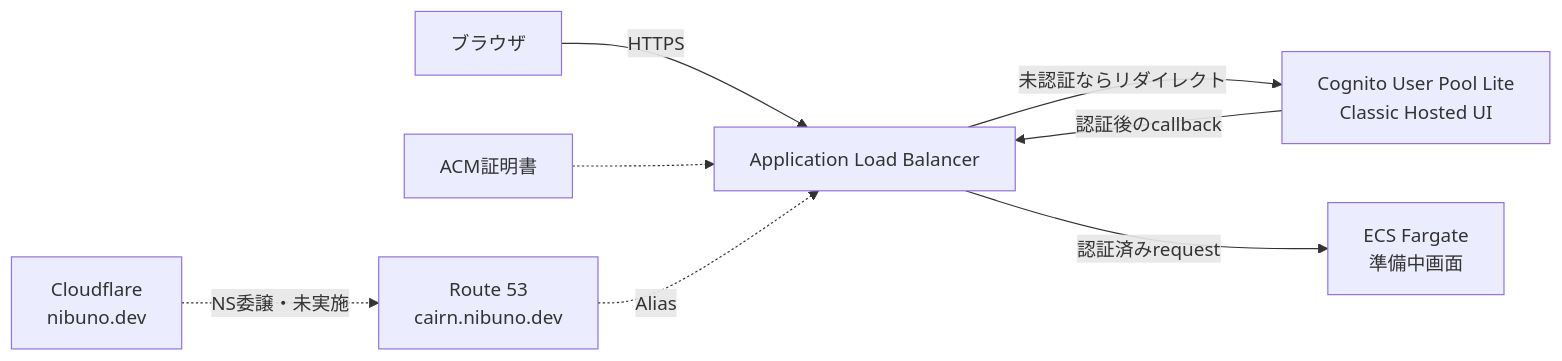
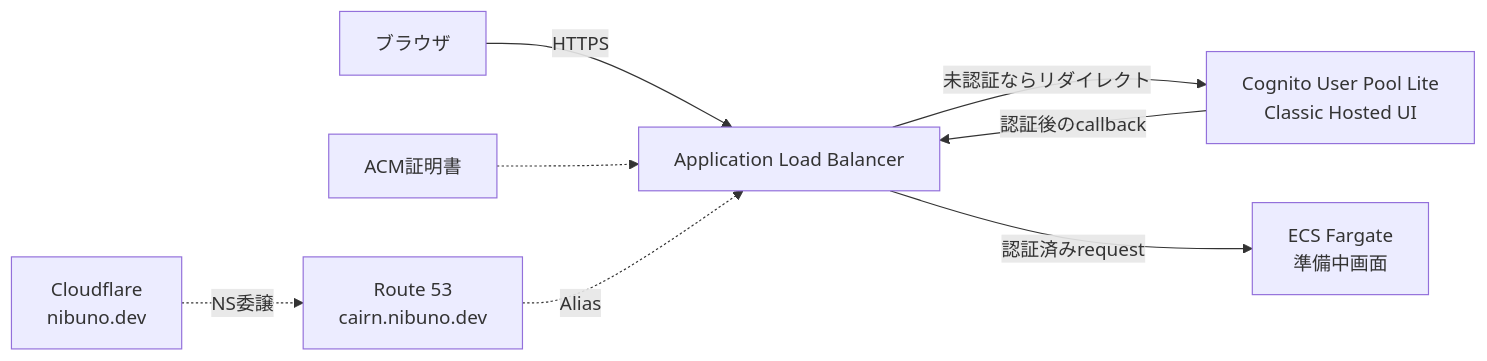
Before and after one commit to nibuno/cairn: the diagram in docs/cairn-first-deploy-implementation-record.md, drawn with Mermaid. The commit also changed other lines of this file and 4 other files, not shown here.

````diff
--- a/docs/cairn-first-deploy-implementation-record.md
+++ b/docs/cairn-first-deploy-implementation-record.md
@@ -17,10 +23,10 @@
 ```mermaid
 flowchart LR
     browser[ブラウザ] -->|HTTPS| alb[Application Load Balancer]
     alb -->|未認証ならリダイレクト| cognito[Cognito User Pool Lite<br/>Classic Hosted UI]
     cognito -->|認証後のcallback| alb
     alb -->|認証済みrequest| ecs[ECS Fargate<br/>準備中画面]
     acm[ACM証明書] -.-> alb
-    cloudflare[Cloudflare<br/>nibuno.dev] -. NS委譲・未実施 .-> route53[Route 53<br/>cairn.nibuno.dev]
+    cloudflare[Cloudflare<br/>nibuno.dev] -. NS委譲 .-> route53[Route 53<br/>cairn.nibuno.dev]
     route53 -. Alias .-> alb
 ```
````
